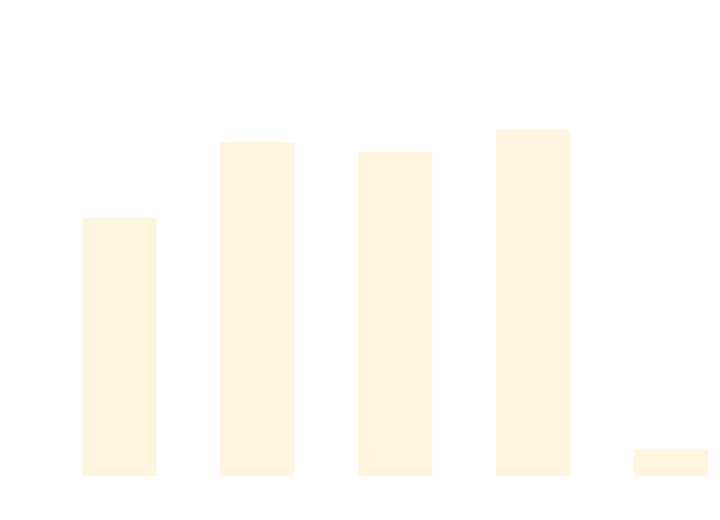
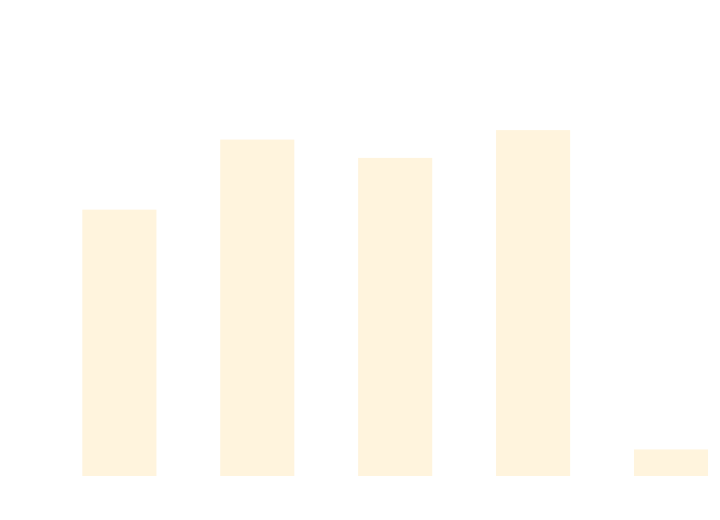
Before and after one commit to weiyilai/TUnit: the diagram in docs/docs/benchmarks/ScaleTests.md, drawn with Mermaid. The commit also changed other lines of this file and 17 other files, not shown here.

````diff
--- a/docs/docs/benchmarks/ScaleTests.md
+++ b/docs/docs/benchmarks/ScaleTests.md
@@ -27,37 +27,37 @@
 ```mermaid
 %%{init: {
   'theme':'base',
   'themeVariables': {
     'primaryColor': '#2563eb',
     'primaryTextColor': '#ffffff',
     'primaryBorderColor': '#1e40af',
     'lineColor': '#6b7280',
     'secondaryColor': '#7c3aed',
     'tertiaryColor': '#dc2626',
     'background': '#ffffff',
     'mainBkg': '#2563eb',
     'secondBkg': '#7c3aed',
     'tertiaryBkg': '#dc2626',
     'clusterBkg': '#f3f4f6',
     'edgeLabelBackground': '#ffffff',
     'tertiaryTextColor': '#1f2937',
     'pie1': '#2563eb',
     'pie2': '#7c3aed',
     'pie3': '#dc2626',
     'pie4': '#f59e0b',
     'pie5': '#10b981',
     'pie6': '#06b6d4',
     'pie7': '#ec4899',
     'pie8': '#6366f1',
     'pie9': '#84cc16',
     'pie10': '#f97316',
     'pie11': '#14b8a6',
     'pie12': '#a855f7'
   }
 }}%%
 xychart-beta
   title "ScaleTests Performance Comparison"
   x-axis ["TUnit", "NUnit", "MSTest", "xUnit3", "TUnit_AOT"]
-  y-axis "Time (ms)" 0 --> 748
-  bar [460.95, 600.77, 582.26, 623.02, 33.04]
+  y-axis "Time (ms)" 0 --> 784
+  bar [499.13, 634.78, 599.34, 653.14, 34.96]
 ```
````
